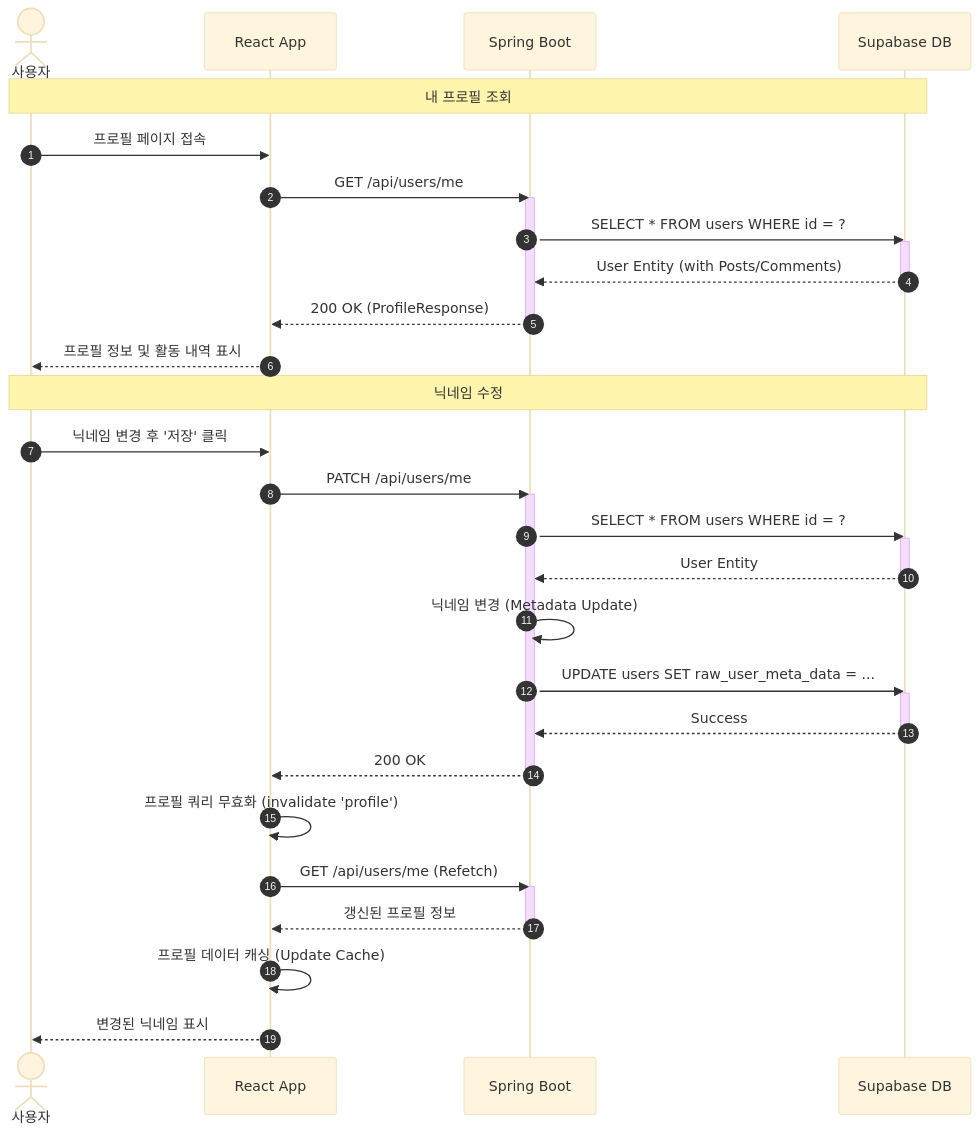
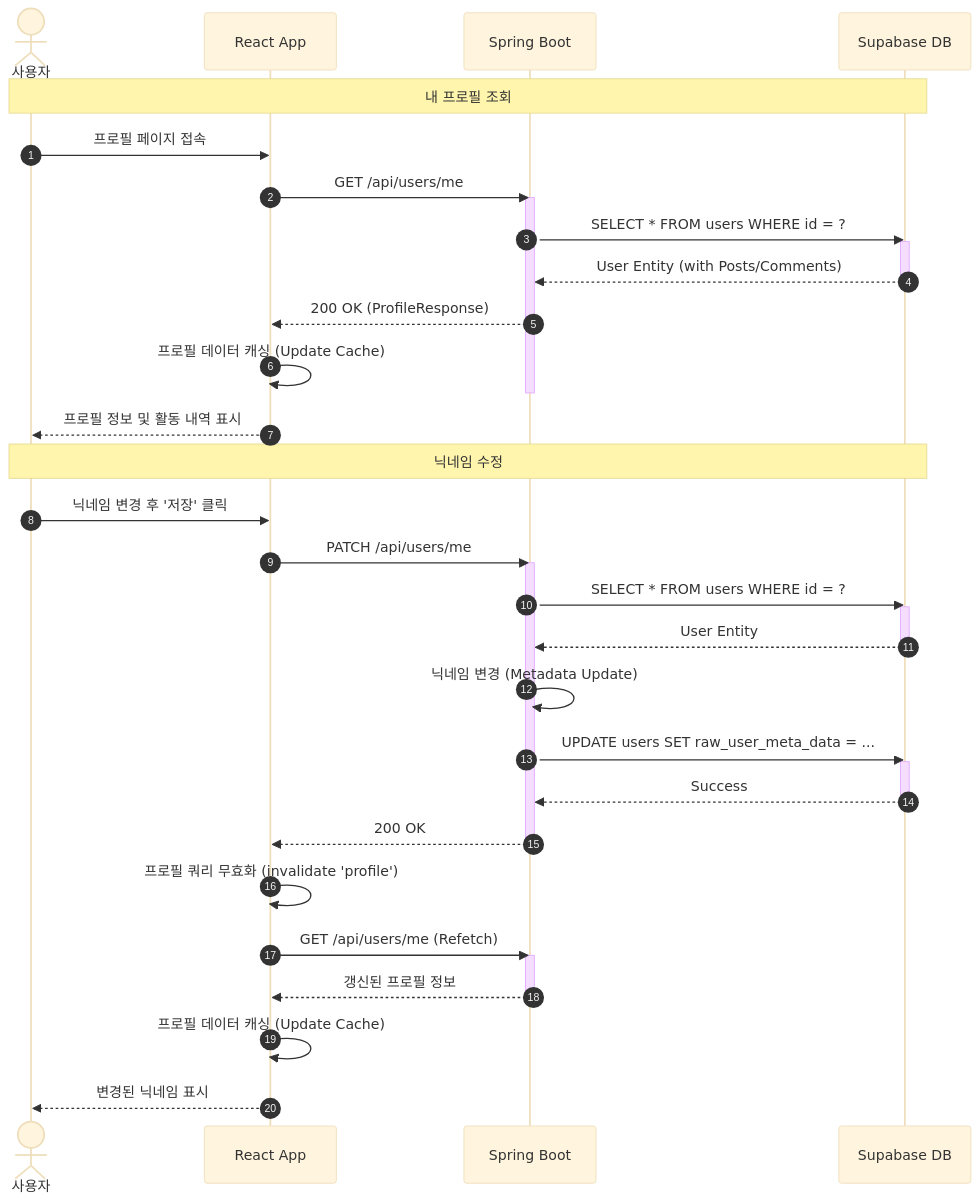
One commit to taejinchoi-cbnu/CBNU-25-2-OpenSource-Dev-Project changed the fourth of 6 diagrams in docs/sequence_diagram.md. Above: the diagram before and after it, drawn with Mermaid (base theme). The commit also changed other lines of this file and 3 other files, not shown here.

````diff
--- a/docs/sequence_diagram.md
+++ b/docs/sequence_diagram.md
@@ -134,45 +134,46 @@
 ```mermaid
 sequenceDiagram
     autonumber
     actor User as 사용자
     participant Client as React App
     participant Server as Spring Boot
     participant DB as Supabase DB
-    
+
     Note over User, DB: 내 프로필 조회
     User->>Client: 프로필 페이지 접속
     Client->>Server: GET /api/users/me
     activate Server
     Server->>DB: SELECT * FROM users WHERE id = ?
     activate DB
     DB-->>Server: User Entity (with Posts/Comments)
     deactivate DB
     Server-->>Client: 200 OK (ProfileResponse)
+    Client->>Client: 프로필 데이터 캐싱 (Update Cache)
     deactivate Server
     Client-->>User: 프로필 정보 및 활동 내역 표시
-    
+
     Note over User, DB: 닉네임 수정
     User->>Client: 닉네임 변경 후 '저장' 클릭
     Client->>Server: PATCH /api/users/me
     activate Server
     Server->>DB: SELECT * FROM users WHERE id = ?
     activate DB
     DB-->>Server: User Entity
     deactivate DB
-    
+
     Server->>Server: 닉네임 변경 (Metadata Update)
     Server->>DB: UPDATE users SET raw_user_meta_data = ...
     activate DB
     DB-->>Server: Success
     deactivate DB
-    
+
     Server-->>Client: 200 OK
     deactivate Server
     Client->>Client: 프로필 쿼리 무효화 (invalidate 'profile')
     Client->>Server: GET /api/users/me (Refetch)
     activate Server
     Server-->>Client: 갱신된 프로필 정보
     deactivate Server
     Client->>Client: 프로필 데이터 캐싱 (Update Cache)
     Client-->>User: 변경된 닉네임 표시
 ```
````
